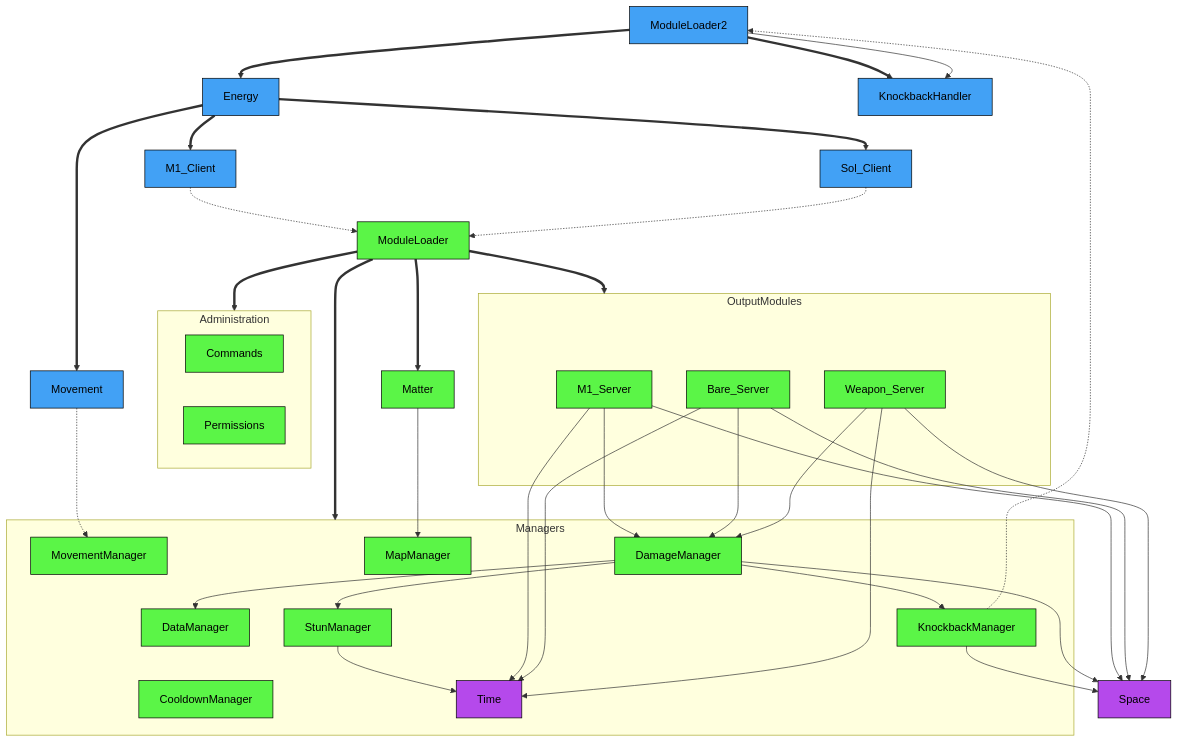
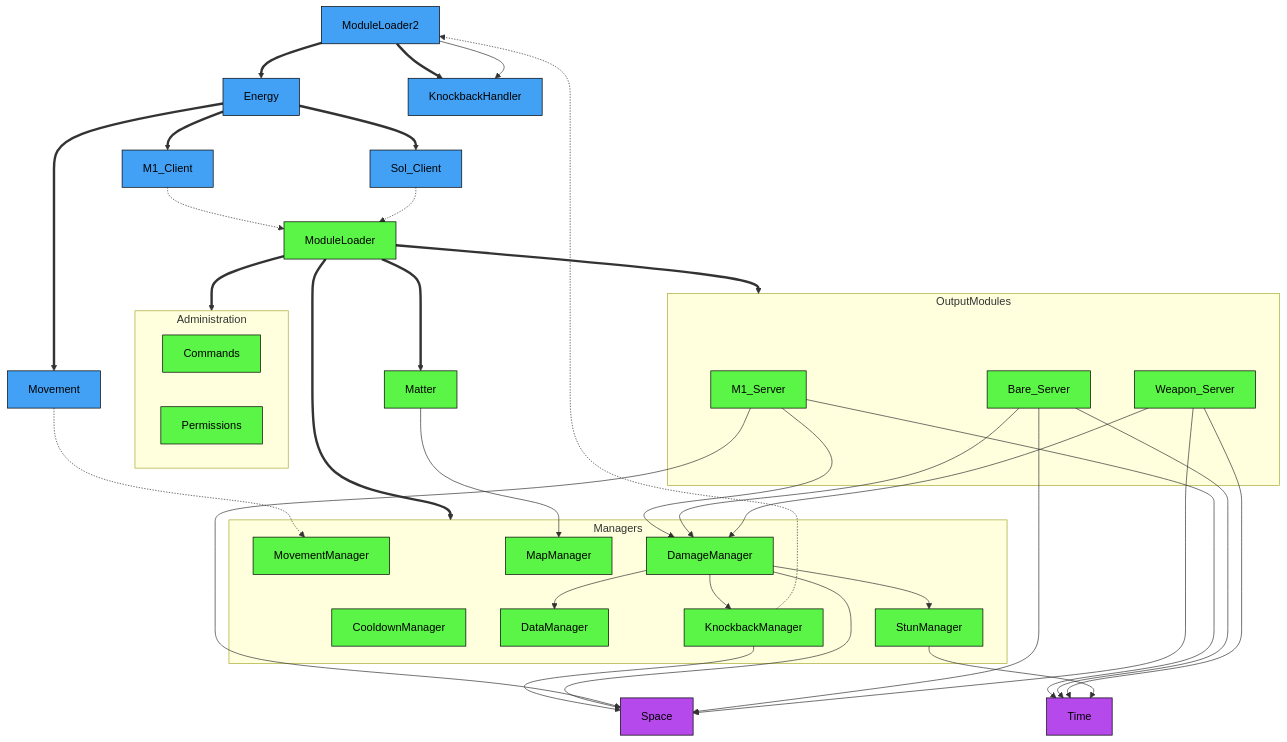
Before and after one commit to altair5607249/Crusaders-Game: the diagram in README.md, drawn with Mermaid.

````diff
--- a/README.md
+++ b/README.md
@@ -37,58 +37,59 @@
 ```mermaid
-graph TD;
+flowchart TB;
 
   classDef serverNode fill:#5bf547,stroke:#000000,color:#000000
   classDef clientNode fill:#42a1f5,stroke:#000000,color:#000000
   classDef universalNode fill:#b549eb,stroke:#000000,color:#000000
 
   ModuleLoader2==>Energy;
   ModuleLoader2==>KnockbackHandler;
   Energy==>M1_Client;
   Energy==>Sol_Client;
   Energy==>Movement;
   M1_Client-.->ModuleLoader;
   Sol_Client-.->ModuleLoader;
   Movement-.->MovementManager;
   ModuleLoader==>Administration;
   ModuleLoader==>Managers;
   ModuleLoader==>OutputModules;
   ModuleLoader==>Matter-->MapManager;
 
   subgraph Administration
     Commands;
     Permissions;
   end
 
   subgraph Managers
     CooldownManager;
     DamageManager;
     DataManager;
     KnockbackManager;
     MapManager;
     MovementManager;
-    StunManager-->Time;
+    StunManager;
   end
 
   subgraph OutputModules
     M1_Server-->DamageManager;
     Bare_Server-->DamageManager;
     Weapon_Server-->DamageManager;
   end
 
   KnockbackManager-->Space;
   DamageManager-->Space;
   DamageManager-->DataManager;
   DamageManager-->KnockbackManager;
   DamageManager-->StunManager;
   M1_Server-->Time;
   Bare_Server-->Time;
   Weapon_Server-->Time;
+  StunManager-->Time;
   M1_Server-->Space;
   Bare_Server-->Space;
   Weapon_Server-->Space;
   KnockbackManager-.->ModuleLoader2-->KnockbackHandler;
 
   class ModuleLoader,M1_Server,Bare_Server,Weapon_Server,MovementManager,Commands,Permissions,CooldownManager,DamageManager,DataManager,KnockbackManager,MapManager,MovementManager,StunManager,Matter serverNode;
   class ModuleLoader2,Energy,M1_Client,Sol_Client,Movement,KnockbackHandler clientNode;
   class Space,Time universalNode;
 ```
````
